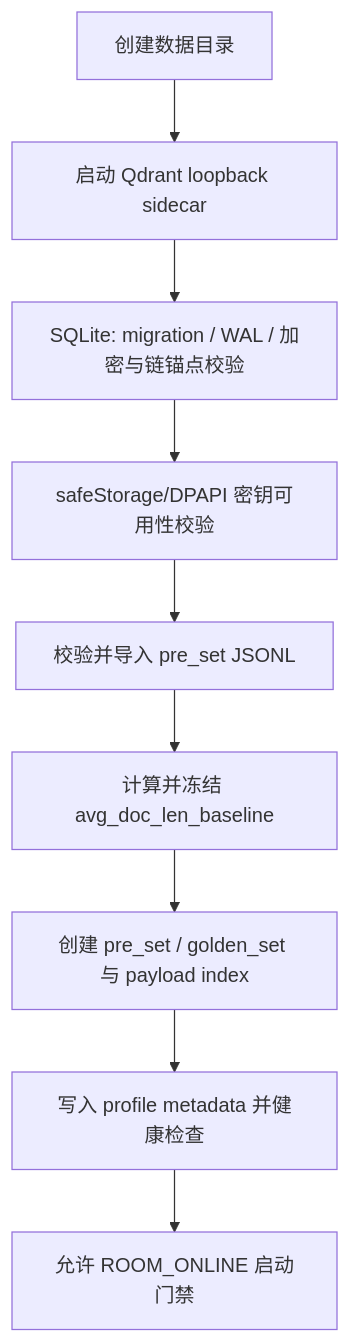
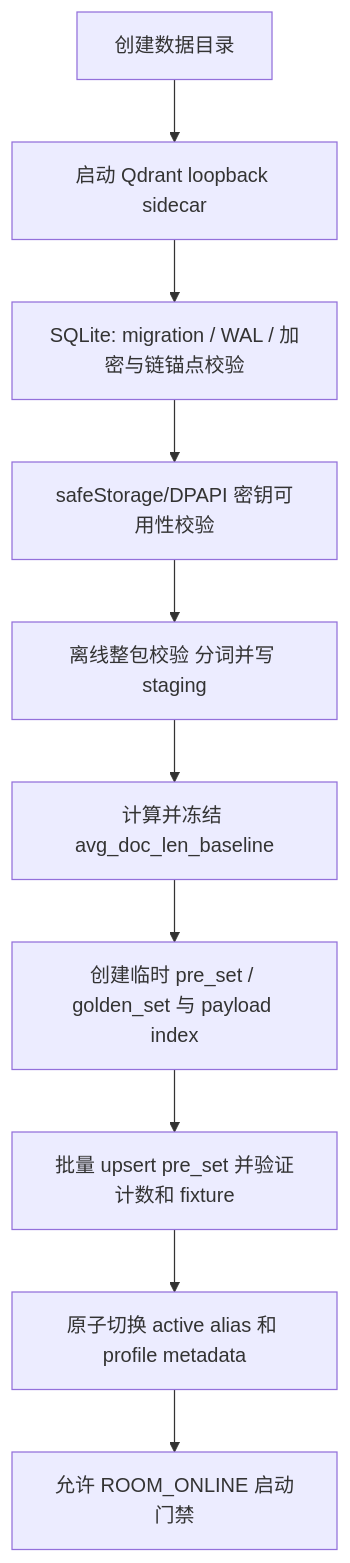
The diagram in docs/11-implementation/Echocue-Windows部署运行与故障处理手册-v0.1.md (Ahsen17/douyin-echocue-standalone), drawn with Mermaid before and after one commit. The commit also changed other lines of this file and 40 other files, not shown here.

````diff
--- a/docs/11-implementation/Echocue-Windows部署运行与故障处理手册-v0.1.md
+++ b/docs/11-implementation/Echocue-Windows部署运行与故障处理手册-v0.1.md
@@ -75,11 +77,12 @@
 ```mermaid
 flowchart TD
   A[创建数据目录] --> B[启动 Qdrant loopback sidecar]
   B --> C[SQLite: migration / WAL / 加密与链锚点校验]
   C --> D[safeStorage/DPAPI 密钥可用性校验]
-  D --> E[校验并导入 pre_set JSONL]
+  D --> E[离线整包校验 分词并写 staging]
   E --> F[计算并冻结 avg_doc_len_baseline]
-  F --> G[创建 pre_set / golden_set 与 payload index]
-  G --> H[写入 profile metadata 并健康检查]
-  H --> I[允许 ROOM_ONLINE 启动门禁]
+  F --> G[创建临时 pre_set / golden_set 与 payload index]
+  G --> H[批量 upsert pre_set 并验证计数和 fixture]
+  H --> I[原子切换 active alias 和 profile metadata]
+  I --> J[允许 ROOM_ONLINE 启动门禁]
 ```
````
